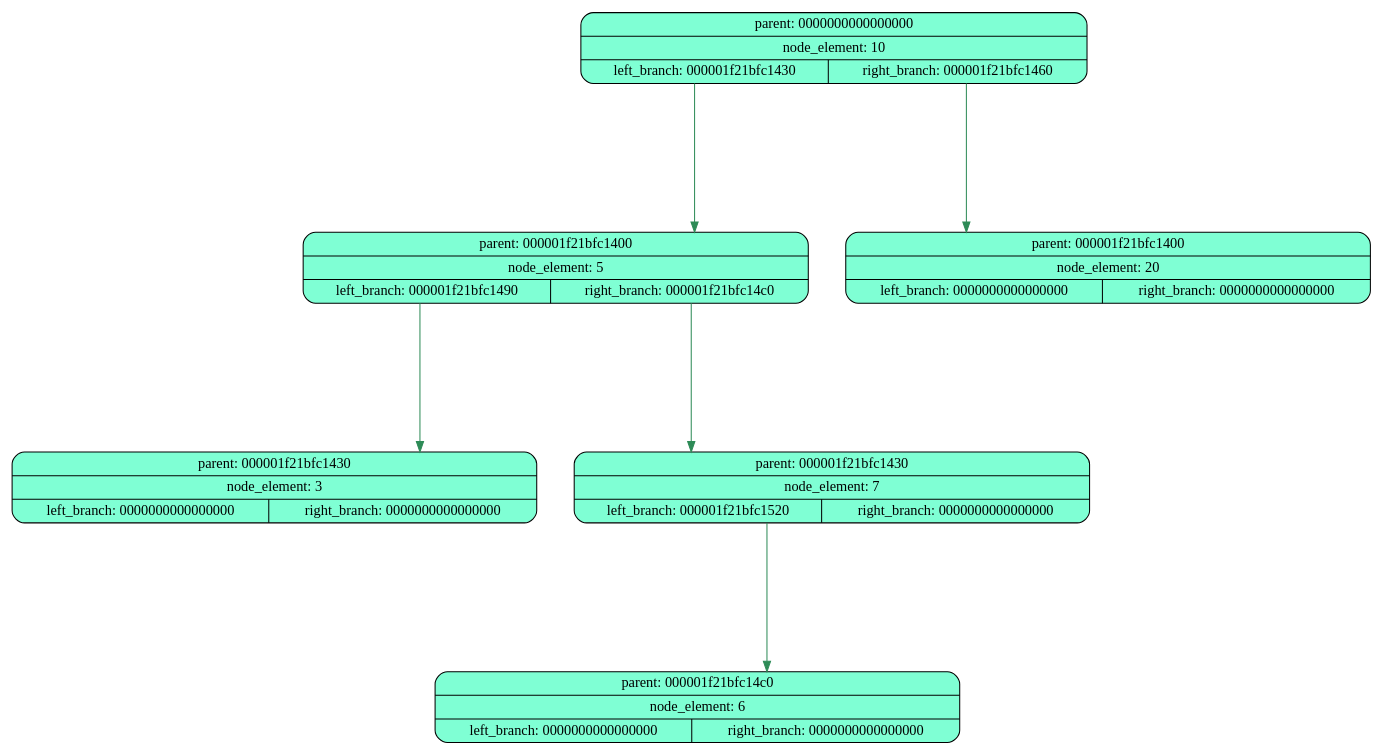
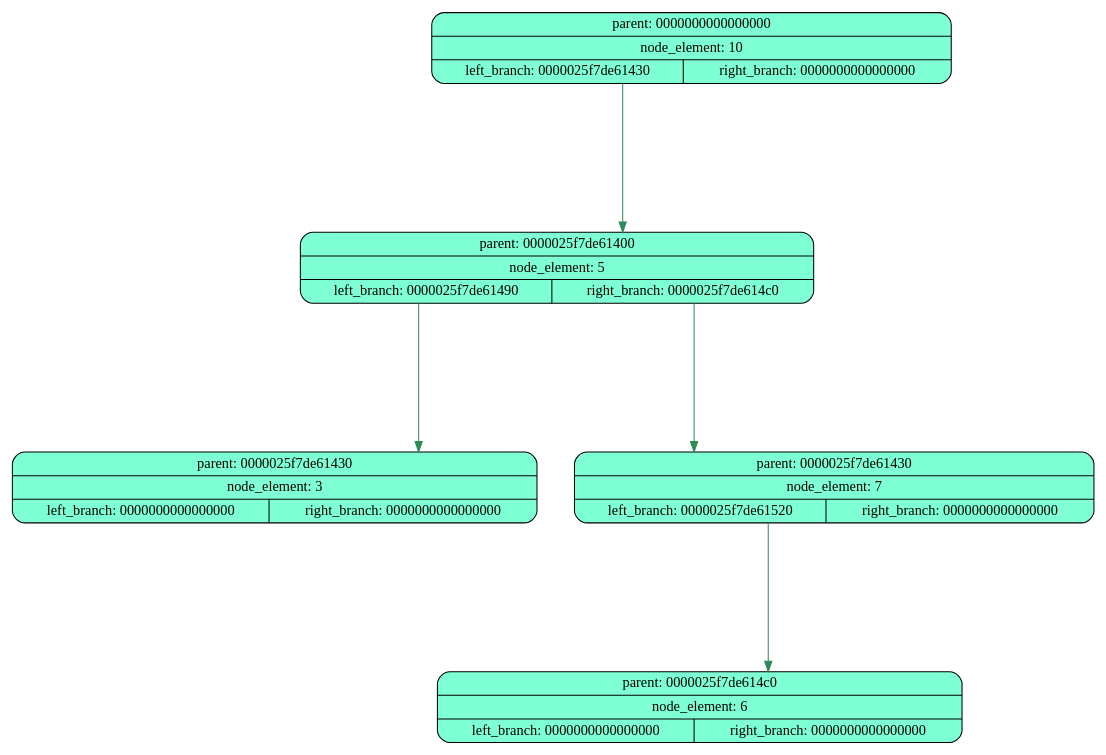
The diagram in debug.dot (SonyaKuklina/TREE), drawn with Graphviz before and after one commit. The commit also changed 7 other files, not shown here.

```diff
--- a/debug.dot
+++ b/debug.dot
@@ -1,21 +1,19 @@
 digraph G {
     bgcolor = "white";
     rankdir = TB;
     nodesep = 0.5;
     ranksep = 2.0;
     splines = ortho;
     node [style = "filled", shape = Mrecord,
          fillcolor = aquamarine, color = black,
          width = 0.2, height = 0.4];
-node0  [label = "{<par> parent: 0000000000000000 | <el> node_element: 10 | {<left> left_branch: 000001f21bfc1430 | <right> right_branch: 000001f21bfc1460}}"];
-node1  [label = "{<par> parent: 000001f21bfc1400 | <el> node_element: 5 | {<left> left_branch: 000001f21bfc1490 | <right> right_branch: 000001f21bfc14c0}}"];
-node3  [label = "{<par> parent: 000001f21bfc1430 | <el> node_element: 3 | {<left> left_branch: 0000000000000000 | <right> right_branch: 0000000000000000}}"];
-node4  [label = "{<par> parent: 000001f21bfc1430 | <el> node_element: 7 | {<left> left_branch: 000001f21bfc1520 | <right> right_branch: 0000000000000000}}"];
-node6  [label = "{<par> parent: 000001f21bfc14c0 | <el> node_element: 6 | {<left> left_branch: 0000000000000000 | <right> right_branch: 0000000000000000}}"];
-node2  [label = "{<par> parent: 000001f21bfc1400 | <el> node_element: 20 | {<left> left_branch: 0000000000000000 | <right> right_branch: 0000000000000000}}"];
+node0  [label = "{<par> parent: 0000000000000000 | <el> node_element: 10 | {<left> left_branch: 0000025f7de61430 | <right> right_branch: 0000000000000000}}"];
+node1  [label = "{<par> parent: 0000025f7de61400 | <el> node_element: 5 | {<left> left_branch: 0000025f7de61490 | <right> right_branch: 0000025f7de614c0}}"];
+node3  [label = "{<par> parent: 0000025f7de61430 | <el> node_element: 3 | {<left> left_branch: 0000000000000000 | <right> right_branch: 0000000000000000}}"];
+node4  [label = "{<par> parent: 0000025f7de61430 | <el> node_element: 7 | {<left> left_branch: 0000025f7de61520 | <right> right_branch: 0000000000000000}}"];
+node6  [label = "{<par> parent: 0000025f7de614c0 | <el> node_element: 6 | {<left> left_branch: 0000000000000000 | <right> right_branch: 0000000000000000}}"];
 node0:left -> node1:par [color = seagreen];
 node1:left -> node3:par [color = seagreen];
 node1:right -> node4:par [color = seagreen];
 node4:left -> node6:par [color = seagreen];
-node0:right -> node2:par [color = seagreen];
 }
```
